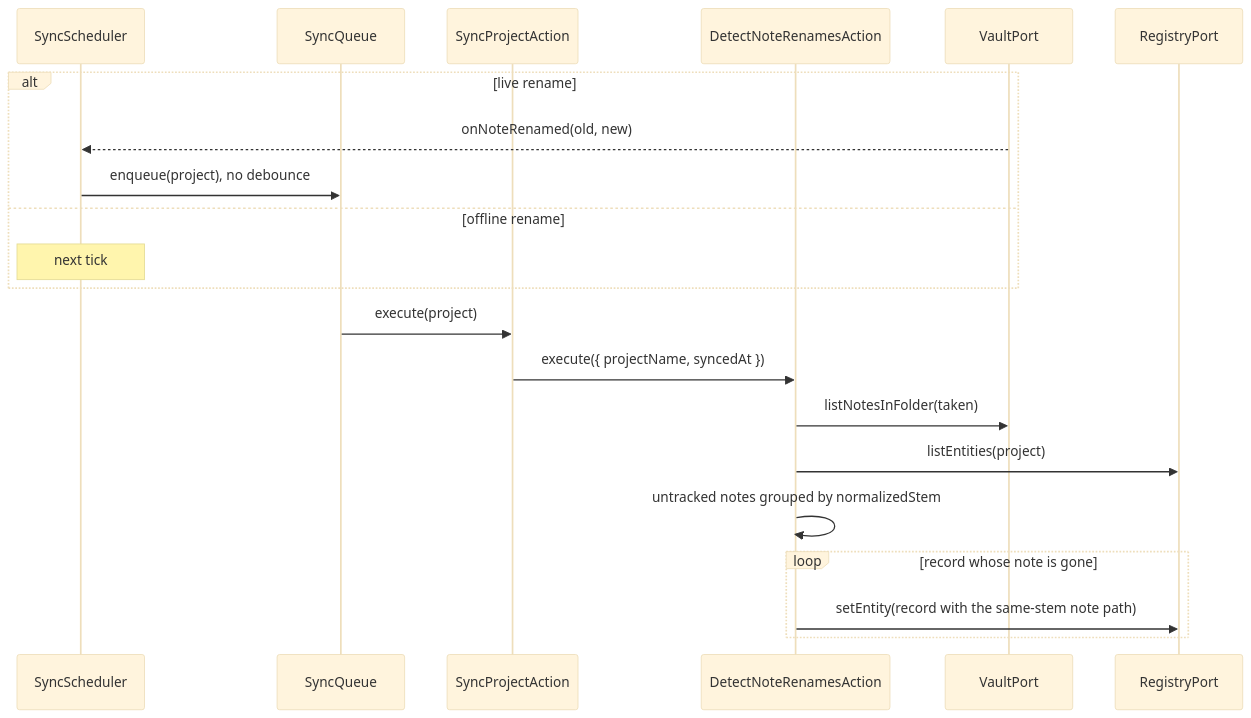
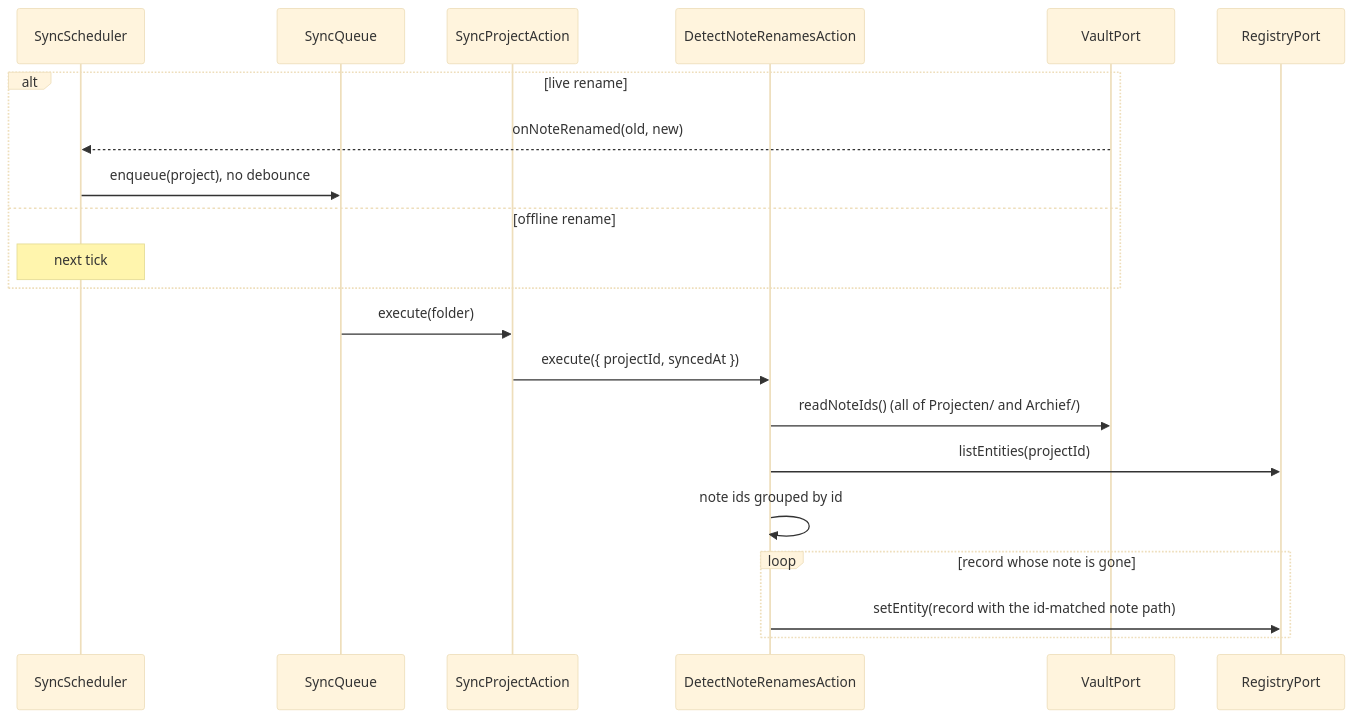
Before and after one commit to 99linesofcode/obsidian-project-management: diagram 16 of 16 in docs/developer-manual.md, drawn with Mermaid (base theme). The commit also changed other lines of this file and 118 other files, not shown here.

````diff
--- a/docs/developer-manual.md
+++ b/docs/developer-manual.md
@@ -759,24 +780,24 @@
 ```mermaid
 sequenceDiagram
   participant Sched as SyncScheduler
   participant Q as SyncQueue
   participant SP as SyncProjectAction
   participant Ren as DetectNoteRenamesAction
   participant V as VaultPort
   participant SS as RegistryPort
 
   alt live rename
     V-->>Sched: onNoteRenamed(old, new)
     Sched->>Q: enqueue(project), no debounce
   else offline rename
     Note over Sched: next tick
   end
-  Q->>SP: execute(project)
-  SP->>Ren: execute({ projectName, syncedAt })
-  Ren->>V: listNotesInFolder(taken)
-  Ren->>SS: listEntities(project)
-  Ren->>Ren: untracked notes grouped by normalizedStem
+  Q->>SP: execute(folder)
+  SP->>Ren: execute({ projectId, syncedAt })
+  Ren->>V: readNoteIds() (all of Projecten/ and Archief/)
+  Ren->>SS: listEntities(projectId)
+  Ren->>Ren: note ids grouped by id
   loop record whose note is gone
-    Ren->>SS: setEntity(record with the same-stem note path)
+    Ren->>SS: setEntity(record with the id-matched note path)
   end
 ```
````
